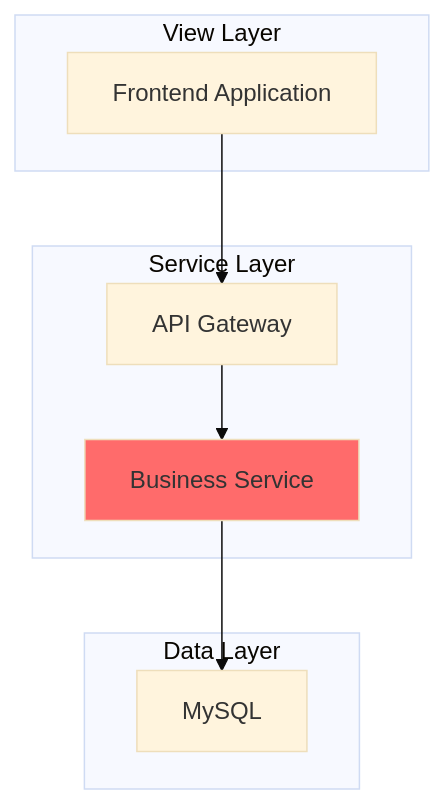
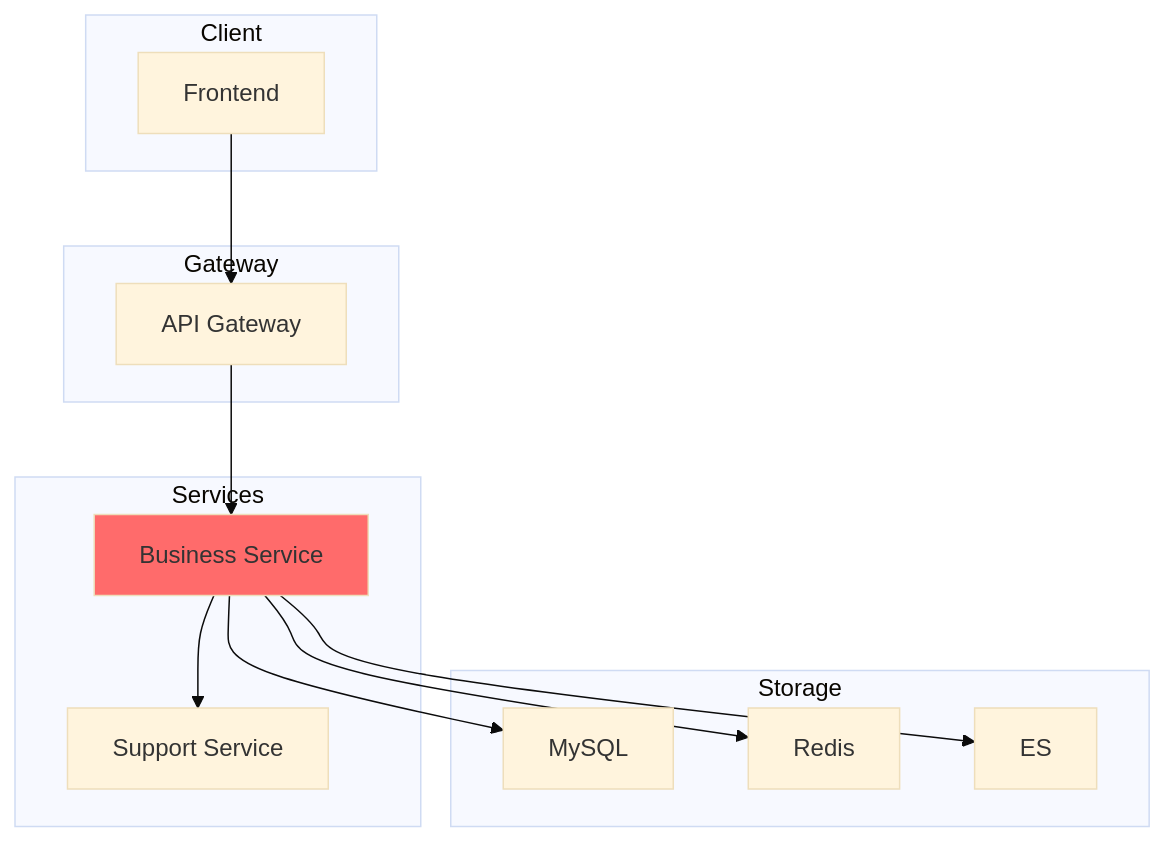
One commit to fivemeepo/park_ride changed the third of 12 diagrams in .ttadk/plugins/ttadk/core/resources/templates/technical-design-template.md. Above: the diagram before and after it, drawn with Mermaid (base theme). The commit also changed other lines of this file and 14 other files, not shown here.

````diff
--- a/.ttadk/plugins/ttadk/core/resources/templates/technical-design-template.md
+++ b/.ttadk/plugins/ttadk/core/resources/templates/technical-design-template.md
@@ -78,17 +102,25 @@
 ```mermaid
 graph TD
-    subgraph ViewLayer["View Layer"]
-        A["Frontend Application"]
+    subgraph Client
+        A["Frontend"]
     end
-    subgraph ServiceLayer["Service Layer"]
+    subgraph Gateway
         B["API Gateway"]
+    end
+    subgraph Services
         C["Business Service"]
+        D["Support Service"]
     end
-    subgraph DataLayer["Data Layer"]
-        D["MySQL"]
+    subgraph Storage
+        E["MySQL"]
+        F["Redis"]
+        G["ES"]
     end
     A --> B
     B --> C
     C --> D
+    C --> E
+    C --> F
+    C --> G
     style C fill:#ff6b6b
 ```
````
